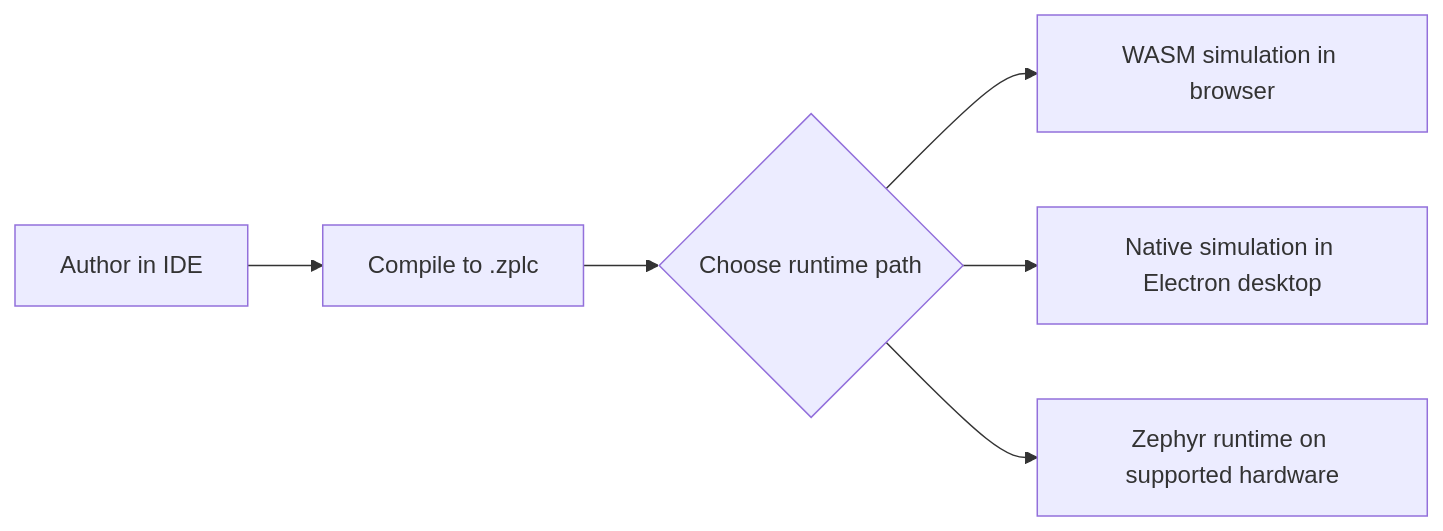
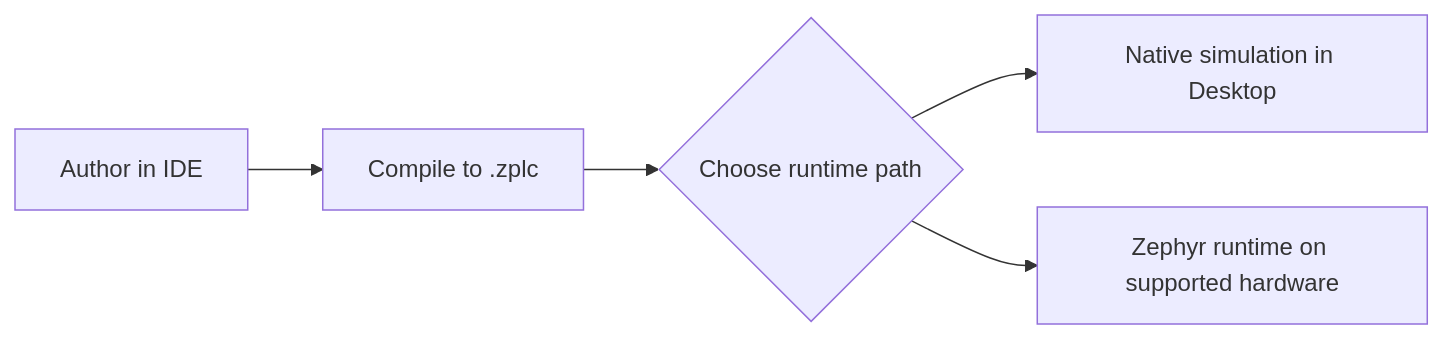
Before and after one commit to eduardojvieira/ZPLC: the diagram in docs/docs/getting-started/index.md, drawn with Mermaid. The commit also changed other lines of this file and 55 other files, not shown here.

````diff
--- a/docs/docs/getting-started/index.md
+++ b/docs/docs/getting-started/index.md
@@ -25,8 +23,7 @@
 ```mermaid
 flowchart LR
   A[Author in IDE] --> B[Compile to .zplc]
   B --> C{Choose runtime path}
-  C --> D[WASM simulation in browser]
-  C --> E[Native simulation in Electron desktop]
+  C --> E[Native simulation in Desktop]
   C --> F[Zephyr runtime on supported hardware]
 ```
````
